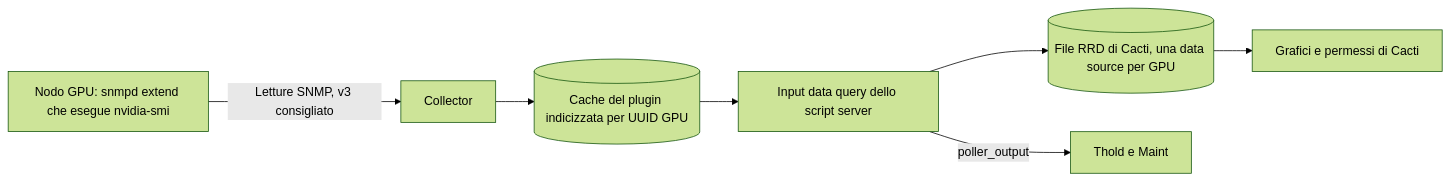
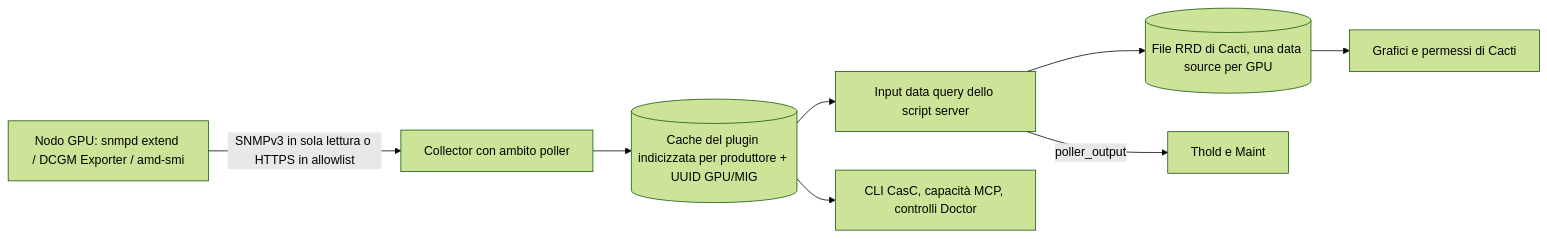
Before and after one commit to somethingwithproof/plugin_gpu: the diagram in docs/i18n/it-IT/README.md, drawn with Mermaid (forest theme). The commit also changed other lines of this file and 47 other files, not shown here.

````diff
--- a/docs/i18n/it-IT/README.md
+++ b/docs/i18n/it-IT/README.md
@@ -104,9 +104,10 @@
 ```mermaid
 flowchart LR
-    NODE[Nodo GPU: snmpd extend che esegue nvidia-smi] -->|Letture SNMP, v3 consigliato| C[Collector]
-    C --> CACHE[(Cache del plugin indicizzata per UUID GPU)]
+    NODE["Nodo GPU: snmpd extend / DCGM Exporter / amd-smi"] -->|SNMPv3 in sola lettura o HTTPS in allowlist| C[Collector con ambito poller]
+    C --> CACHE[("Cache del plugin indicizzata per produttore + UUID GPU/MIG")]
     CACHE --> SS[Input data query dello script server]
+    CACHE --> ECO["CLI CasC, capacità MCP, controlli Doctor"]
     SS --> RRD[(File RRD di Cacti, una data source per GPU)]
     SS -->|poller_output| T[Thold e Maint]
     RRD --> G[Grafici e permessi di Cacti]
 ```
````
